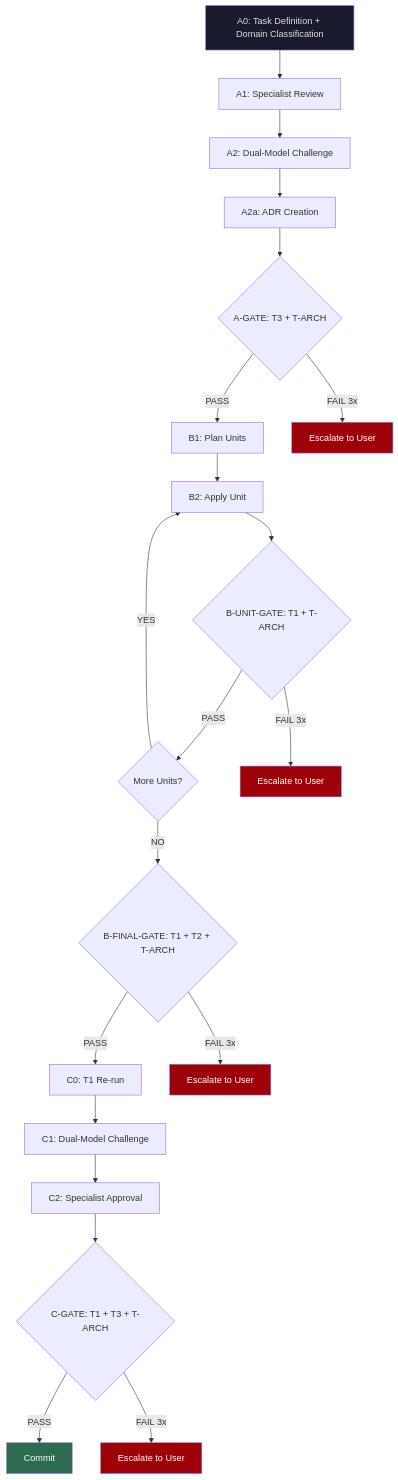
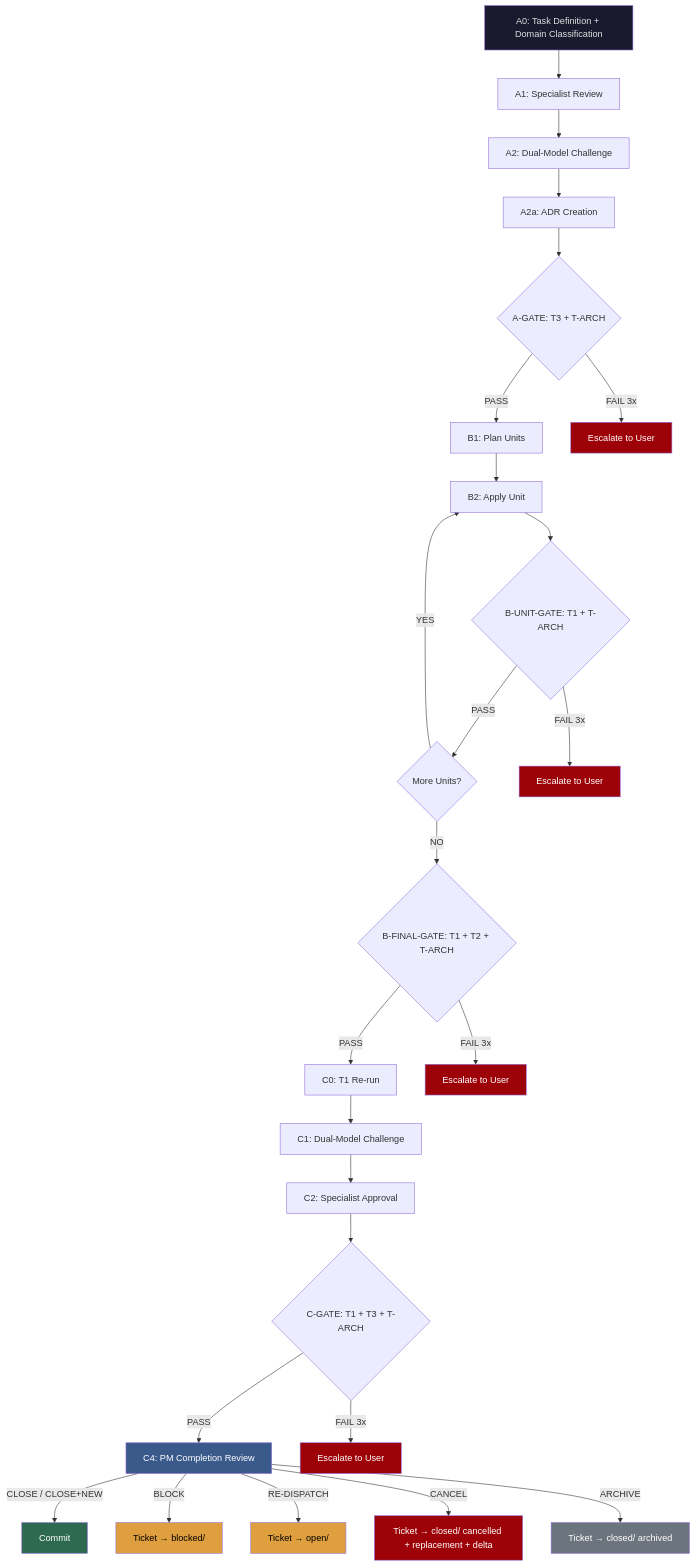
Before and after one commit to jeanboutros/psc: the diagram in README.md, drawn with Mermaid. The commit also changed other lines of this file and 1 other file, not shown here.

First line of the commit message:
docs(readme): add universal ticket system, C4 pipeline, logging to README and AGENTS.md

````diff
--- a/README.md
+++ b/README.md
@@ -21,29 +21,39 @@
 ```mermaid
 flowchart TD
     A[A0: Task Definition + Domain Classification] --> B[A1: Specialist Review]
     B --> C[A2: Dual-Model Challenge]
     C --> D[A2a: ADR Creation]
     D --> E{A-GATE: T3 + T-ARCH}
     E -->|PASS| F[B1: Plan Units]
     E -->|FAIL 3x| ESC1[Escalate to User]
     F --> G[B2: Apply Unit]
     G --> H{B-UNIT-GATE: T1 + T-ARCH}
     H -->|PASS| I{More Units?}
     H -->|FAIL 3x| ESC2[Escalate to User]
     I -->|YES| G
     I -->|NO| J{B-FINAL-GATE: T1 + T2 + T-ARCH}
     J -->|PASS| K[C0: T1 Re-run]
     J -->|FAIL 3x| ESC3[Escalate to User]
     K --> L[C1: Dual-Model Challenge]
     L --> M[C2: Specialist Approval]
     M --> N{C-GATE: T1 + T3 + T-ARCH}
-    N -->|PASS| O[Commit]
+    N -->|PASS| P[C4: PM Completion Review]
     N -->|FAIL 3x| ESC4[Escalate to User]
+    P -->|CLOSE / CLOSE+NEW| O[Commit]
+    P -->|BLOCK| BLK[Ticket → blocked/]
+    P -->|RE-DISPATCH| RD[Ticket → open/]
+    P -->|CANCEL| CAN[Ticket → closed/ cancelled + replacement + delta]
+    P -->|ARCHIVE| ARC[Ticket → closed/ archived]
 
     style A fill:#1a1a2e,color:#e0e0e0
     style O fill:#2d6a4f,color:#fff
+    style P fill:#3a5a8c,color:#fff
     style ESC1 fill:#9d0208,color:#fff
     style ESC2 fill:#9d0208,color:#fff
     style ESC3 fill:#9d0208,color:#fff
     style ESC4 fill:#9d0208,color:#fff
+    style BLK fill:#e09f3e,color:#000
+    style RD fill:#e09f3e,color:#000
+    style CAN fill:#9d0208,color:#fff
+    style ARC fill:#6c757d,color:#fff
 ```
````
